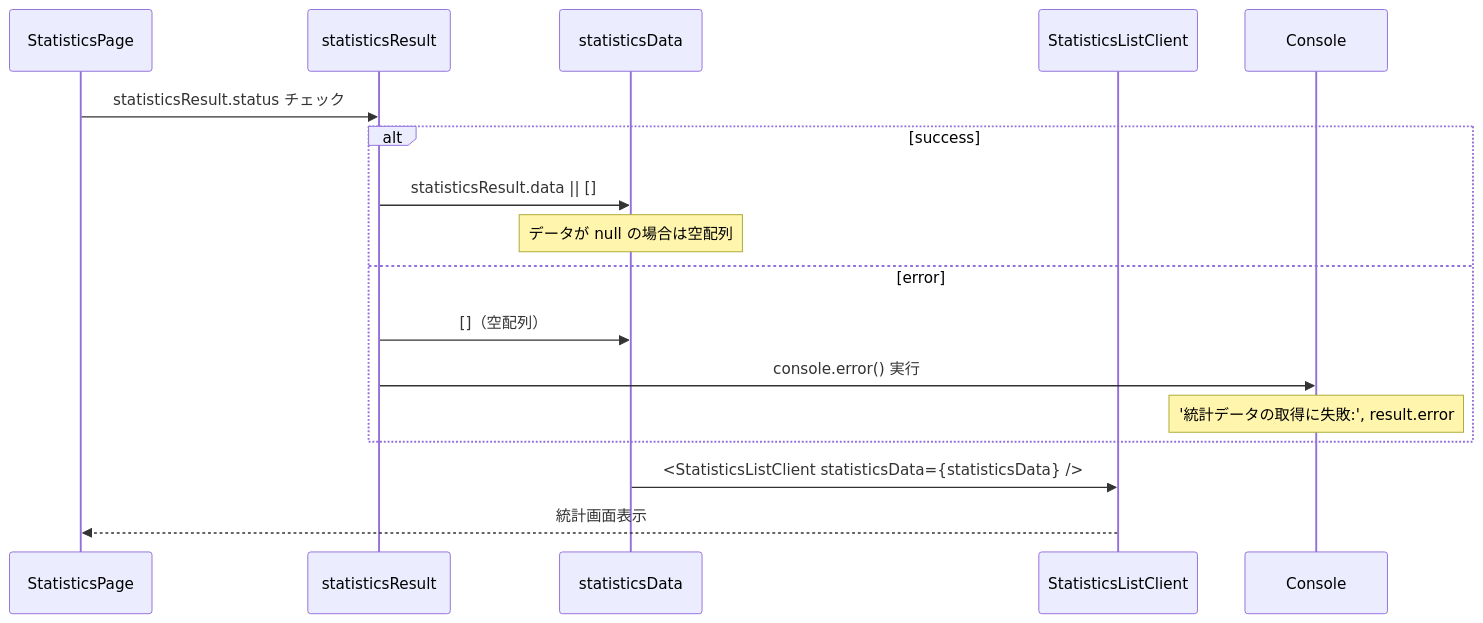
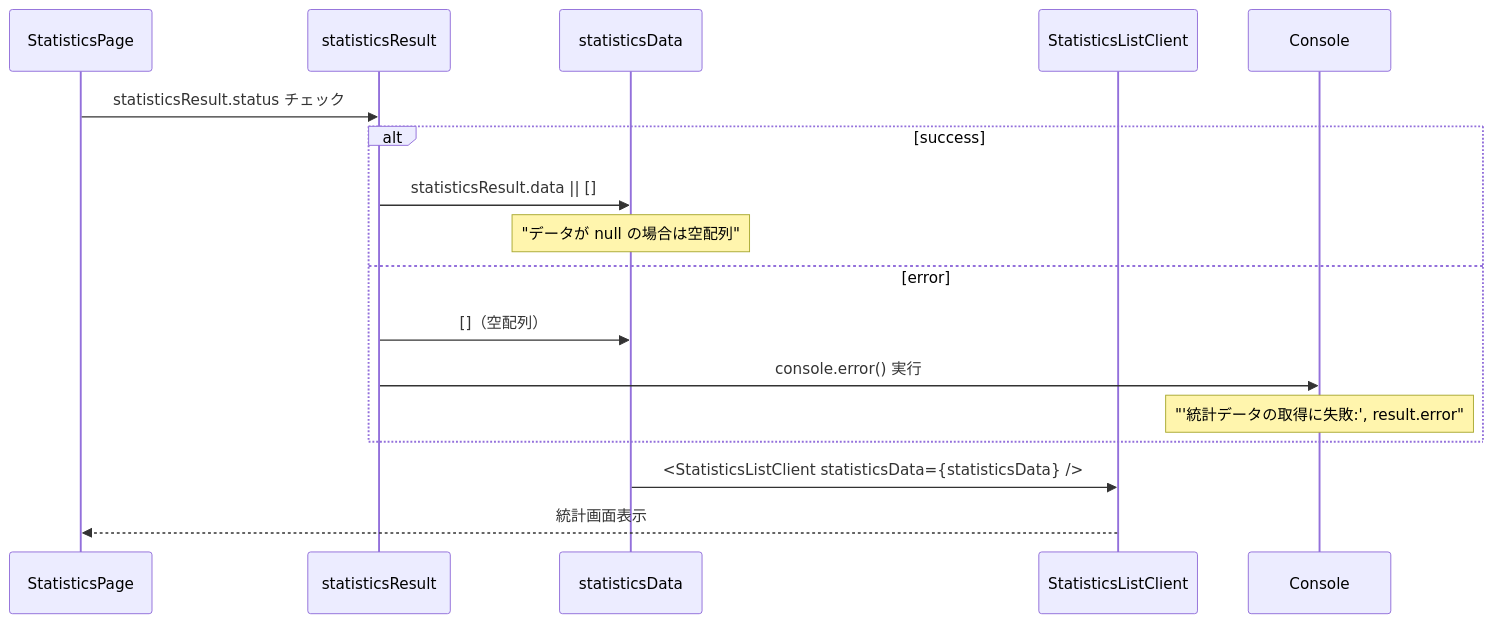
One commit to wasabi49/ocs-systemDevelopmentExercises changed the fourth of 11 diagrams in document/pages/sequence/Statistics.md. Above: the diagram before and after it, drawn with Mermaid. The commit also changed other lines of this file and 42 other files, not shown here.

First line of the commit message:
fix: mermaidシーケンス図のNote over文でダブルクォーテーション不足を修正

````diff
--- a/document/pages/sequence/Statistics.md
+++ b/document/pages/sequence/Statistics.md
@@ -67,21 +67,21 @@
 ```mermaid
 sequenceDiagram
     participant Page as StatisticsPage
     participant Result as statisticsResult
     participant DataArray as statisticsData
     participant Client as StatisticsListClient
 
     Page->>Result: statisticsResult.status チェック
     
     alt success
         Result->>DataArray: statisticsResult.data || []
-        Note over DataArray: データが null の場合は空配列
+        Note over DataArray: "データが null の場合は空配列"
     else error
         Result->>DataArray: []（空配列）
         Result->>Console: console.error() 実行
-        Note over Console: '統計データの取得に失敗:', result.error
+        Note over Console: "'統計データの取得に失敗:', result.error"
     end
     
     DataArray->>Client: <StatisticsListClient statisticsData={statisticsData} />
     Client-->>Page: 統計画面表示
 ```
````
